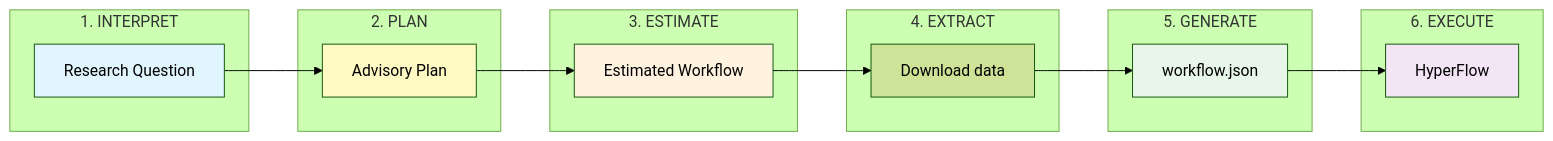
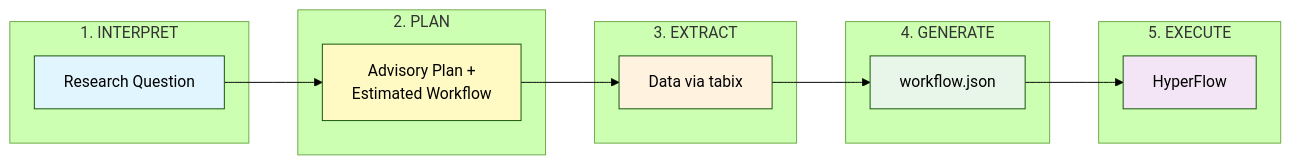
Before and after one commit to hyperflow-wms/1000genome-workflow: the second of 2 diagrams in README.md, drawn with Mermaid (forest theme). The commit also changed other lines of this file and 4 other files, not shown here.

First line of the commit message:
Simplify pipeline from 6 phases to 5 by merging PLAN and ESTIMATE

````diff
--- a/README.md
+++ b/README.md
@@ -40,34 +40,30 @@
 ```mermaid
 flowchart LR
     subgraph Step1["1. INTERPRET"]
         A["Research Question"]
     end
 
     subgraph Step2["2. PLAN"]
-        B["Advisory Plan"]
+        B["Advisory Plan +<br/>Estimated Workflow"]
     end
 
-    subgraph Step3["3. ESTIMATE"]
-        C["Estimated Workflow"]
+    subgraph Step3["3. EXTRACT"]
+        C["Data via tabix"]
     end
 
-    subgraph Step4["4. EXTRACT"]
-        D["Download data"]
+    subgraph Step4["4. GENERATE"]
+        D["workflow.json"]
     end
 
-    subgraph Step5["5. GENERATE"]
-        E["workflow.json"]
+    subgraph Step5["5. EXECUTE"]
+        E["HyperFlow"]
     end
 
-    subgraph Step6["6. EXECUTE"]
-        F["HyperFlow"]
-    end
-
-    A --> B --> C --> D --> E --> F
+    A --> B --> C --> D --> E
 
     style A fill:#e1f5fe
     style B fill:#fff9c4
     style C fill:#fff3e0
-    style E fill:#e8f5e9
-    style F fill:#f3e5f5
+    style D fill:#e8f5e9
+    style E fill:#f3e5f5
 ```
````
